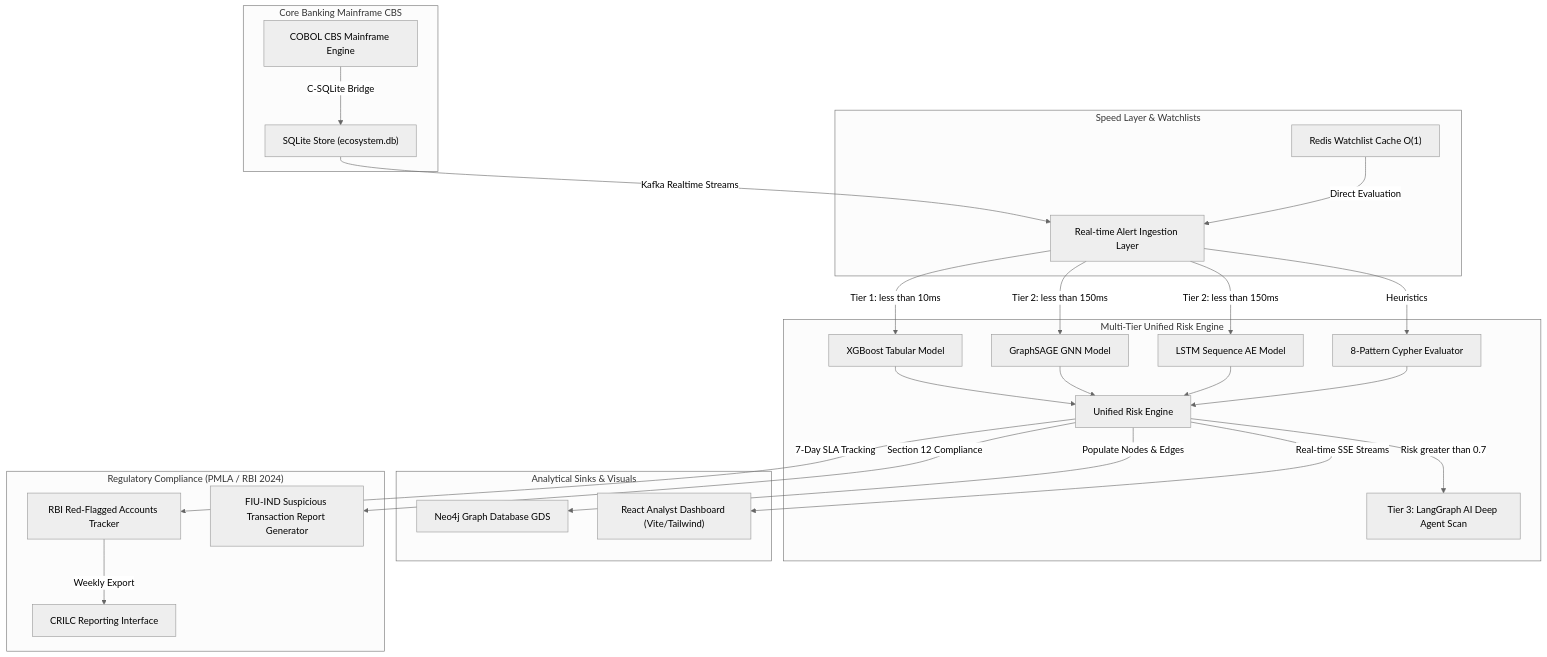
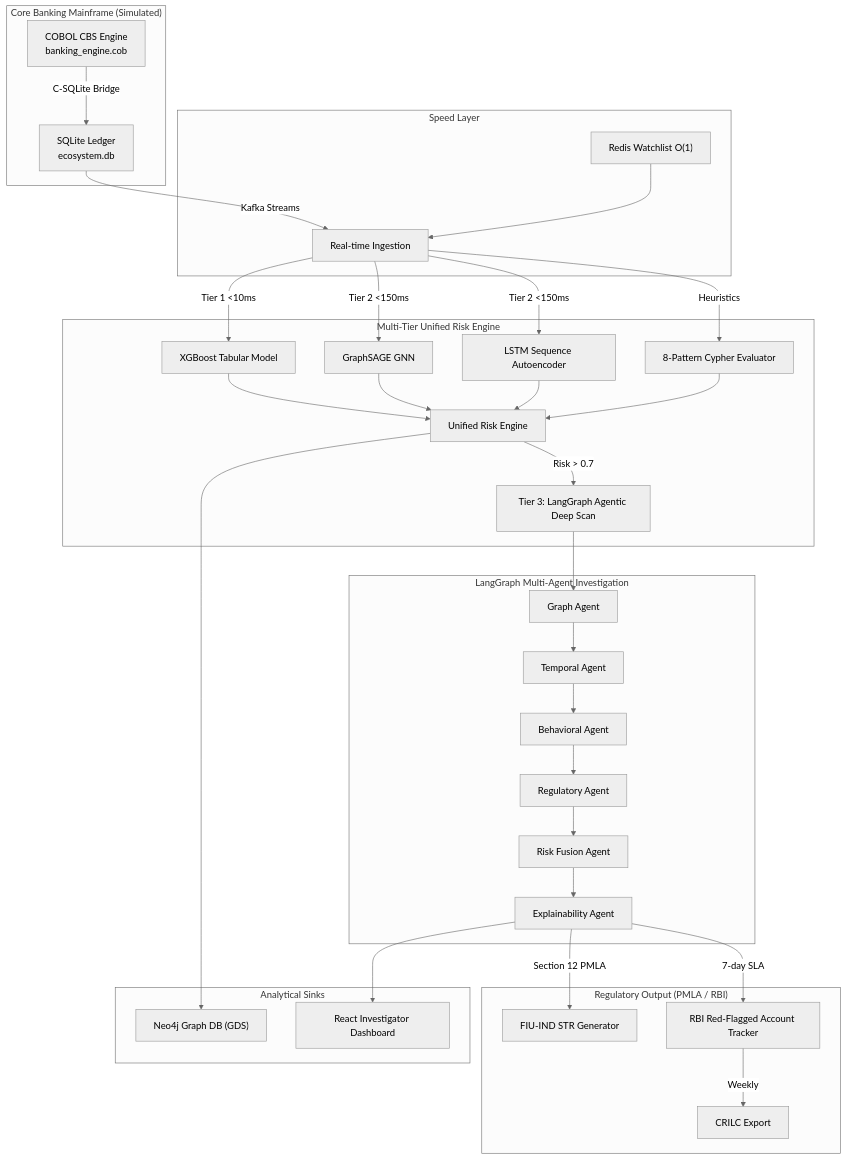
The first of 2 diagrams in README.md (krishnakoushik9/Garuda-Sentinel---Abuse-Ring-Fraud-Spike-Detector), drawn with Mermaid (neutral theme) before and after one commit. The commit also changed other lines of this file, not shown here.

````diff
--- a/README.md
+++ b/README.md
@@ -30,36 +52,43 @@
 ```mermaid
 graph TD
-    subgraph CBS ["Core Banking Mainframe CBS"]
-        COBOL["COBOL CBS Mainframe Engine"] -->|C-SQLite Bridge| SQLite["SQLite Store (ecosystem.db)"]
+    subgraph CBS ["Core Banking Mainframe (Simulated)"]
+        COBOL["COBOL CBS Engine<br/>banking_engine.cob"] -->|C-SQLite Bridge| SQLite["SQLite Ledger<br/>ecosystem.db"]
     end
 
-    subgraph Speed ["Speed Layer & Watchlists"]
-        SQLite -->|Kafka Realtime Streams| Ingest["Real-time Alert Ingestion Layer"]
-        Redis["Redis Watchlist Cache O(1)"] -->|Direct Evaluation| Ingest
+    subgraph Speed ["Speed Layer"]
+        SQLite -->|Kafka Streams| Ingest["Real-time Ingestion"]
+        Redis["Redis Watchlist O(1)"] --> Ingest
     end
 
     subgraph Risk ["Multi-Tier Unified Risk Engine"]
-        Ingest -->|Tier 1: less than 10ms| XGBoost["XGBoost Tabular Model"]
-        Ingest -->|Tier 2: less than 150ms| GNN["GraphSAGE GNN Model"]
-        Ingest -->|Tier 2: less than 150ms| LSTM["LSTM Sequence AE Model"]
+        Ingest -->|Tier 1 <10ms| XGB["XGBoost Tabular Model"]
+        Ingest -->|Tier 2 <150ms| GNN["GraphSAGE GNN"]
+        Ingest -->|Tier 2 <150ms| LSTM["LSTM Sequence Autoencoder"]
         Ingest -->|Heuristics| Heur["8-Pattern Cypher Evaluator"]
-        
-        XGBoost --> URE["Unified Risk Engine"]
+        XGB --> URE["Unified Risk Engine"]
         GNN --> URE
         LSTM --> URE
         Heur --> URE
-        
-        URE -->|Risk greater than 0.7| Tier3["Tier 3: LangGraph AI Deep Agent Scan"]
+        URE -->|Risk > 0.7| Tier3["Tier 3: LangGraph Agentic Deep Scan"]
     end
 
-    subgraph Visuals ["Analytical Sinks & Visuals"]
-        URE -->|Populate Nodes & Edges| Neo4j["Neo4j Graph Database GDS"]
-        URE -->|Real-time SSE Streams| FE["React Analyst Dashboard (Vite/Tailwind)"]
+    subgraph Agentic ["LangGraph Multi-Agent Investigation"]
+        Tier3 --> GraphAgent["Graph Agent"]
+        GraphAgent --> TemporalAgent["Temporal Agent"]
+        TemporalAgent --> BehavioralAgent["Behavioral Agent"]
+        BehavioralAgent --> RegAgent["Regulatory Agent"]
+        RegAgent --> FusionAgent["Risk Fusion Agent"]
+        FusionAgent --> ExplainAgent["Explainability Agent"]
     end
 
-    subgraph Compliance ["Regulatory Compliance (PMLA / RBI 2024)"]
-        URE -->|7-Day SLA Tracking| RFA["RBI Red-Flagged Accounts Tracker"]
-        URE -->|Section 12 Compliance| STR["FIU-IND Suspicious Transaction Report Generator"]
-        RFA -->|Weekly Export| CRILC["CRILC Reporting Interface"]
+    subgraph Compliance ["Regulatory Output (PMLA / RBI)"]
+        ExplainAgent -->|Section 12 PMLA| STR["FIU-IND STR Generator"]
+        ExplainAgent -->|7-day SLA| RFA["RBI Red-Flagged Account Tracker"]
+        RFA -->|Weekly| CRILC["CRILC Export"]
+    end
+
+    subgraph Sinks ["Analytical Sinks"]
+        URE --> Neo4j["Neo4j Graph DB (GDS)"]
+        ExplainAgent --> FE["React Investigator Dashboard"]
     end
 ```
````
